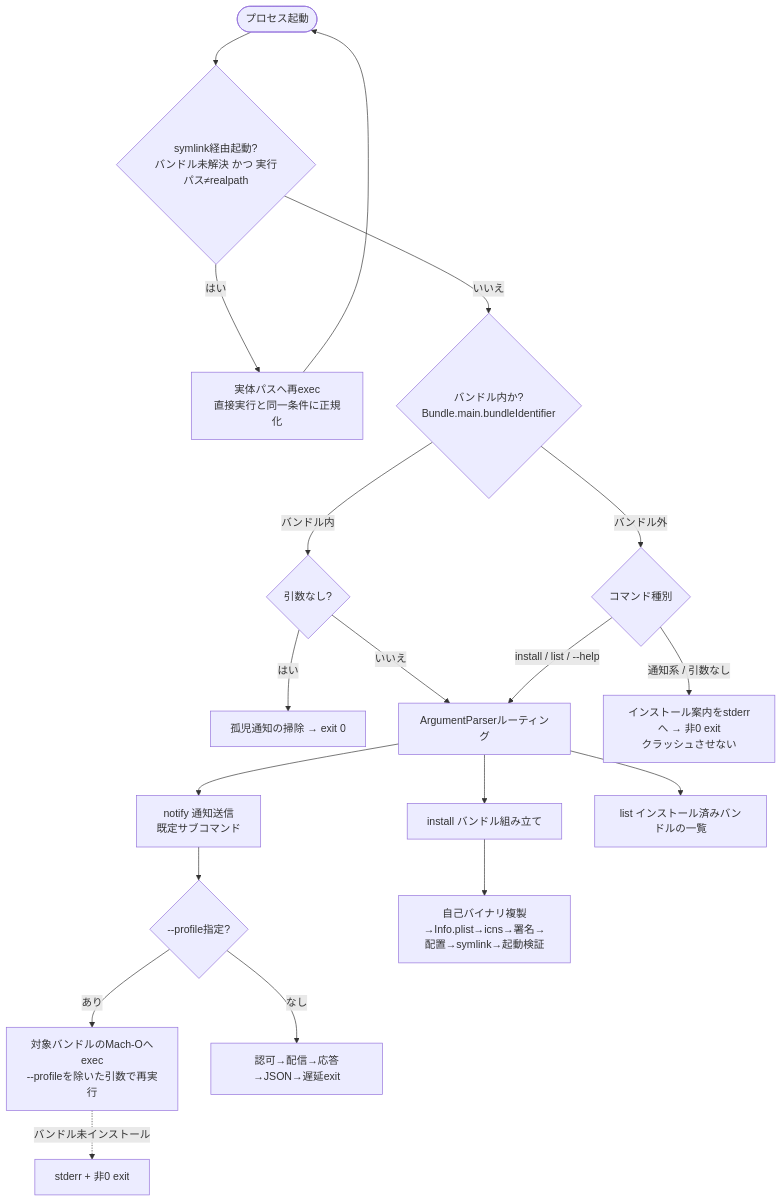
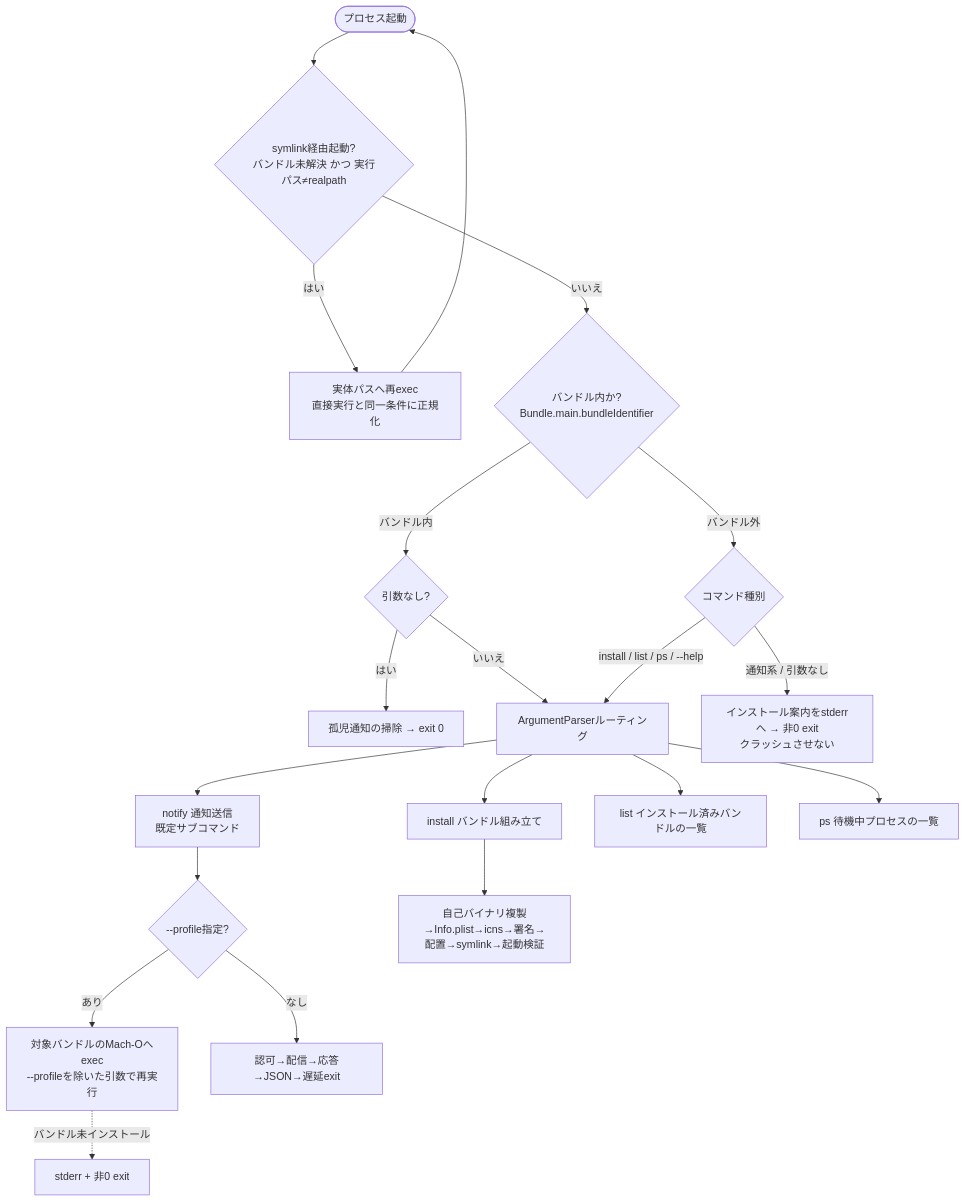
One commit to mjun0812/yobirin changed the third of 3 diagrams in .kiro/specs/yobirin-cli/design.md. Above: the diagram before and after it, drawn with Mermaid. The commit also changed other lines of this file and 4 other files, not shown here.

````diff
--- a/.kiro/specs/yobirin-cli/design.md
+++ b/.kiro/specs/yobirin-cli/design.md
@@ -183,21 +185,22 @@
 ```mermaid
 flowchart TD
     start([プロセス起動]) --> relink{symlink経由起動?<br>バンドル未解決 かつ 実行パス≠realpath}
     relink -->|はい| reexec[実体パスへ再exec<br>直接実行と同一条件に正規化]
     reexec --> start
     relink -->|いいえ| inBundle{バンドル内か?<br>Bundle.main.bundleIdentifier}
     inBundle -->|バンドル内| noargs{引数なし?}
     inBundle -->|バンドル外| outCmd{コマンド種別}
     noargs -->|はい| sweep[孤児通知の掃除 → exit 0]
     noargs -->|いいえ| route[ArgumentParserルーティング]
-    outCmd -->|install / list / --help| route
+    outCmd -->|install / list / ps / --help| route
     outCmd -->|通知系 / 引数なし| guide[インストール案内をstderrへ → 非0 exit<br>クラッシュさせない]
     route --> notify[notify 通知送信<br>既定サブコマンド]
     route --> install[install バンドル組み立て]
     route --> list[list インストール済みバンドルの一覧]
+    route --> ps[ps 待機中プロセスの一覧]
     notify --> prof{--profile指定?}
     prof -->|あり| exec[対象バンドルのMach-Oへexec<br>--profileを除いた引数で再実行]
     prof -->|なし| unflow[認可→配信→応答→JSON→遅延exit]
     exec -.->|バンドル未インストール| perr[stderr + 非0 exit]
     install --> asm[自己バイナリ複製→Info.plist→icns→署名→配置→symlink→起動検証]
 ```
````
